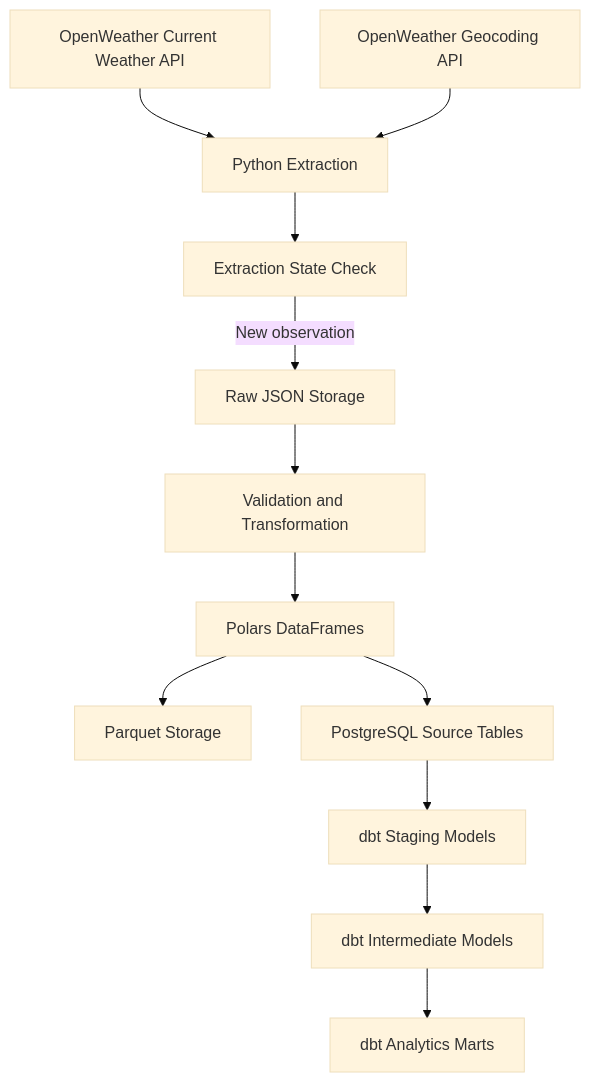
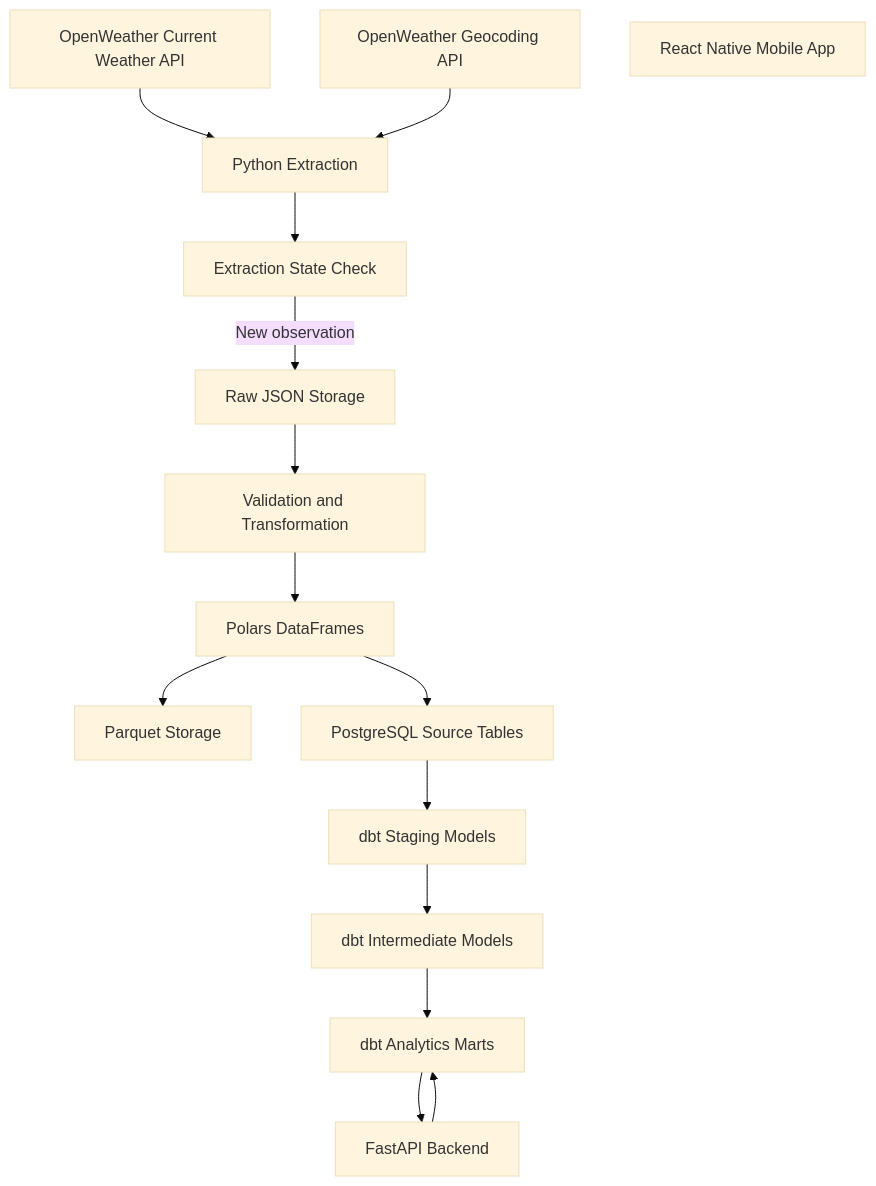
One commit to alaldwin/Weatherflow changed the diagram in README.md. Above: the diagram before and after it, drawn with Mermaid (base theme). The commit also changed other lines of this file, not shown here.

Commit message:
update README archecture

````diff
--- a/README.md
+++ b/README.md
@@ -45,27 +45,31 @@
 ```mermaid
 flowchart TD
     A[OpenWeather Current Weather API]
     B[OpenWeather Geocoding API]
     C[Python Extraction]
     D[Extraction State Check]
     E[Raw JSON Storage]
     F[Validation and Transformation]
     G[Polars DataFrames]
     H[Parquet Storage]
     I[PostgreSQL Source Tables]
     J[dbt Staging Models]
     K[dbt Intermediate Models]
     L[dbt Analytics Marts]
+    M[FastAPI Backend]
+    N[React Native Mobile App]
 
     A --> C
     B --> C
     C --> D
     D -->|New observation| E
     E --> F
     F --> G
     G --> H
     G --> I
     I --> J
     J --> K
     K --> L
+    L --> M
+    M --> L
 ```
````
